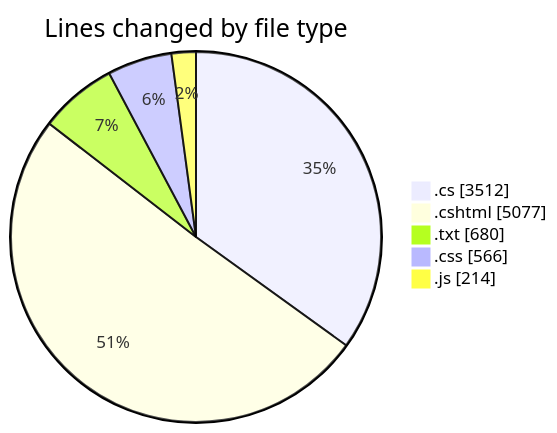
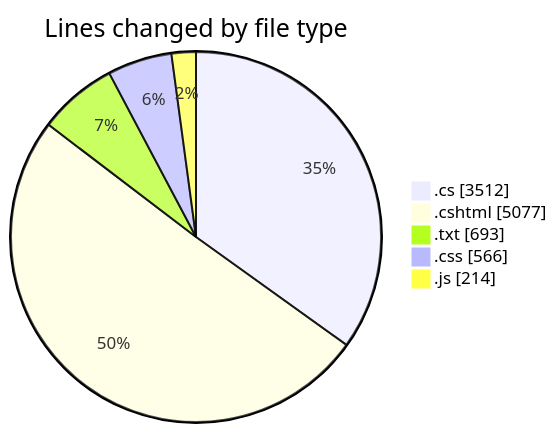
The first of 2 diagrams in 2025-07-28/quanlyrapchieuphim-1/README.md (lephambinh05/code-tracking), drawn with Mermaid before and after one commit. The commit also changed other lines of this file and 1 other file, not shown here.

````diff
--- a/2025-07-28/quanlyrapchieuphim-1/README.md
+++ b/2025-07-28/quanlyrapchieuphim-1/README.md
@@ -41,9 +41,9 @@
 ```mermaid
 pie showData
 title Lines changed by file type
 ".cs" : 3512
 ".cshtml" : 5077
-".txt" : 680
+".txt" : 693
 ".css" : 566
 ".js" : 214
 ```
````
